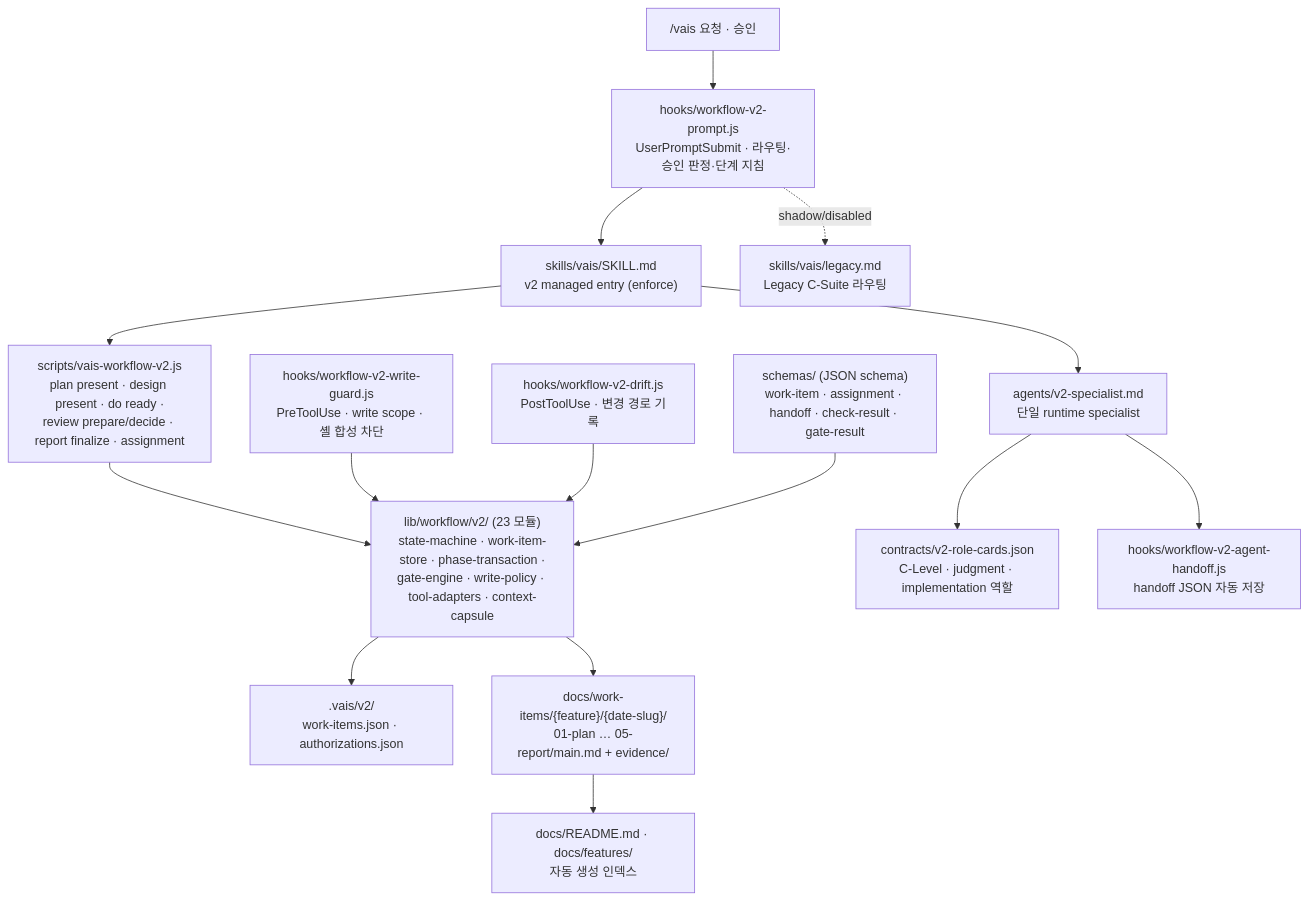
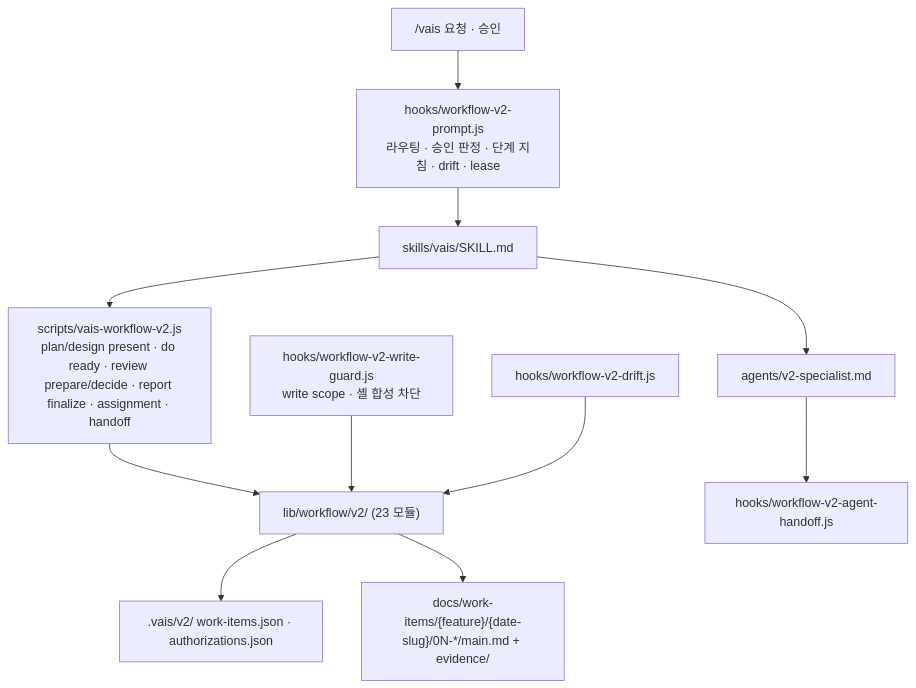
One commit to ghlee3401/vais-claude-code changed the diagram in ONBOARDING.md. Above: the diagram before and after it, drawn with Mermaid. The commit also changed other lines of this file and 418 other files, not shown here.

First line of the commit message:
chore(harness): Legacy 전면 제거 — v2 runtime 커널만 남기고 새 하네스 설계 준비

````diff
--- a/ONBOARDING.md
+++ b/ONBOARDING.md
@@ -57,20 +27,13 @@
 ```mermaid
 flowchart TB
-    USER["/vais 요청 · 승인"] --> PROMPT["hooks/workflow-v2-prompt.js<br/>UserPromptSubmit · 라우팅·승인 판정·단계 지침"]
-    PROMPT --> SKILL["skills/vais/SKILL.md<br/>v2 managed entry (enforce)"]
-    PROMPT -. shadow/disabled .-> LEGACY["skills/vais/legacy.md<br/>Legacy C-Suite 라우팅"]
-
-    SKILL --> CLI["scripts/vais-workflow-v2.js<br/>plan present · design present · do ready ·<br/>review prepare/decide · report finalize · assignment"]
-    CLI --> LIB["lib/workflow/v2/ (23 모듈)<br/>state-machine · work-item-store · phase-transaction ·<br/>gate-engine · write-policy · tool-adapters · context-capsule"]
-    LIB --> STATE[".vais/v2/<br/>work-items.json · authorizations.json"]
-    LIB --> DOCS["docs/work-items/{feature}/{date-slug}/<br/>01-plan … 05-report/main.md + evidence/"]
-    DOCS --> INDEX["docs/README.md · docs/features/<br/>자동 생성 인덱스"]
-
-    SKILL --> AGENT["agents/v2-specialist.md<br/>단일 runtime specialist"]
-    AGENT --> ROLES["contracts/v2-role-cards.json<br/>C-Level · judgment · implementation 역할"]
-    AGENT --> HANDOFF["hooks/workflow-v2-agent-handoff.js<br/>handoff JSON 자동 저장"]
-
-    GUARD["hooks/workflow-v2-write-guard.js<br/>PreToolUse · write scope · 셸 합성 차단"] --> LIB
-    DRIFT["hooks/workflow-v2-drift.js<br/>PostToolUse · 변경 경로 기록"] --> LIB
-    SCHEMAS["schemas/ (JSON schema)<br/>work-item · assignment · handoff · check-result · gate-result"] --> LIB
+    USER["/vais 요청 · 승인"] --> PROMPT["hooks/workflow-v2-prompt.js<br/>라우팅 · 승인 판정 · 단계 지침 · drift · lease"]
+    PROMPT --> SKILL["skills/vais/SKILL.md"]
+    SKILL --> CLI["scripts/vais-workflow-v2.js<br/>plan/design present · do ready · review prepare/decide · report finalize · assignment · handoff"]
+    CLI --> LIB["lib/workflow/v2/ (23 모듈)"]
+    LIB --> STATE[".vais/v2/ work-items.json · authorizations.json"]
+    LIB --> DOCS["docs/work-items/{feature}/{date-slug}/0N-*/main.md + evidence/"]
+    SKILL --> AGENT["agents/v2-specialist.md"]
+    AGENT --> HANDOFF["hooks/workflow-v2-agent-handoff.js"]
+    GUARD["hooks/workflow-v2-write-guard.js<br/>write scope · 셸 합성 차단"] --> LIB
+    DRIFT["hooks/workflow-v2-drift.js"] --> LIB
 ```
````
